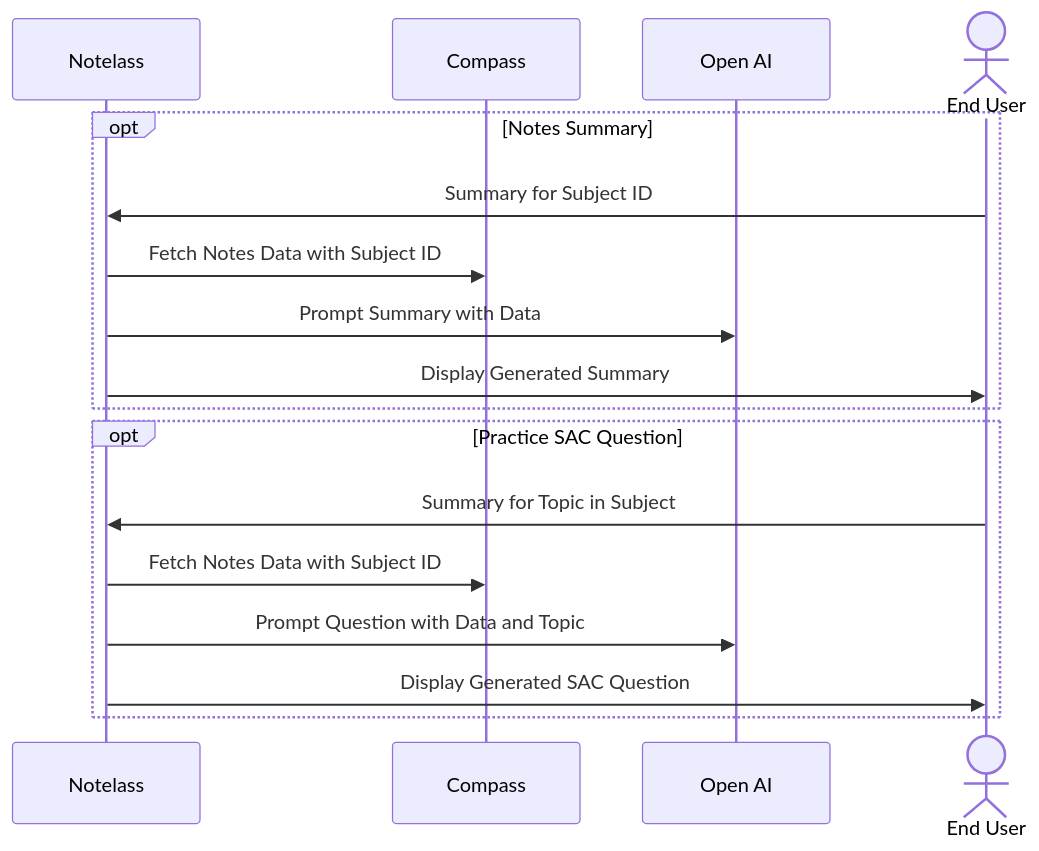
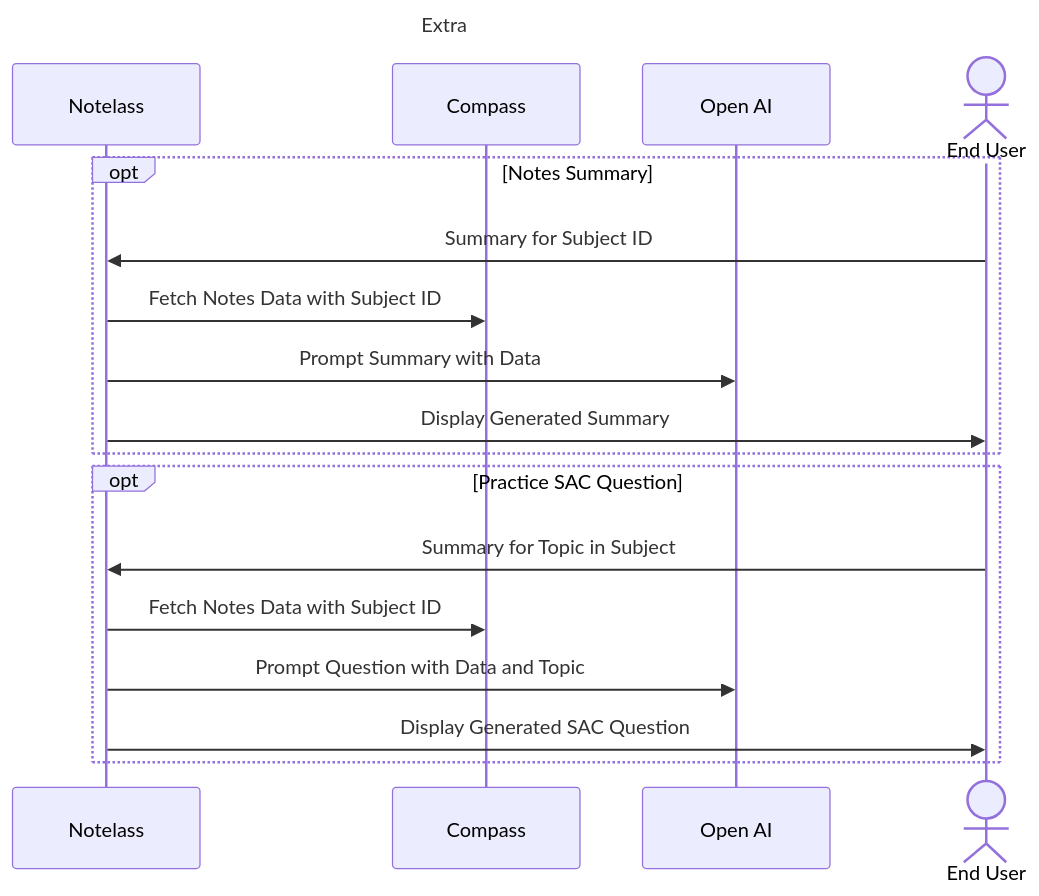
The second of 5 diagrams in SoftDev/SAT1/SRS.md (idkfelix/year12), drawn with Mermaid before and after one commit. The commit also changed other lines of this file and 3 other files, not shown here.

````diff
--- a/SoftDev/SAT1/SRS.md
+++ b/SoftDev/SAT1/SRS.md
@@ -128,21 +97,25 @@
 ```mermaid
+---
+title: Extra
+---
+
 sequenceDiagram
     participant server as Notelass
     participant compass as Compass
     participant ai as Open AI
     actor user as End User
 
 	opt Notes Summary
 	user ->> server: Summary for Subject ID
 	server ->> compass: Fetch Notes Data with Subject ID
 	server ->> ai: Prompt Summary with Data
 	server ->> user: Display Generated Summary
 	end
 
 	opt Practice SAC Question
 	user ->> server: Summary for Topic in Subject
 	server ->> compass: Fetch Notes Data with Subject ID
 	server ->> ai: Prompt Question with Data and Topic
 	server ->> user: Display Generated SAC Question
 	end
 ```
````
